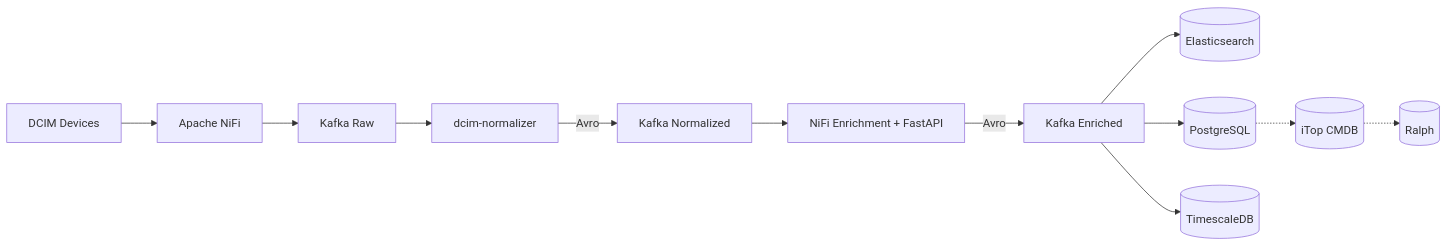
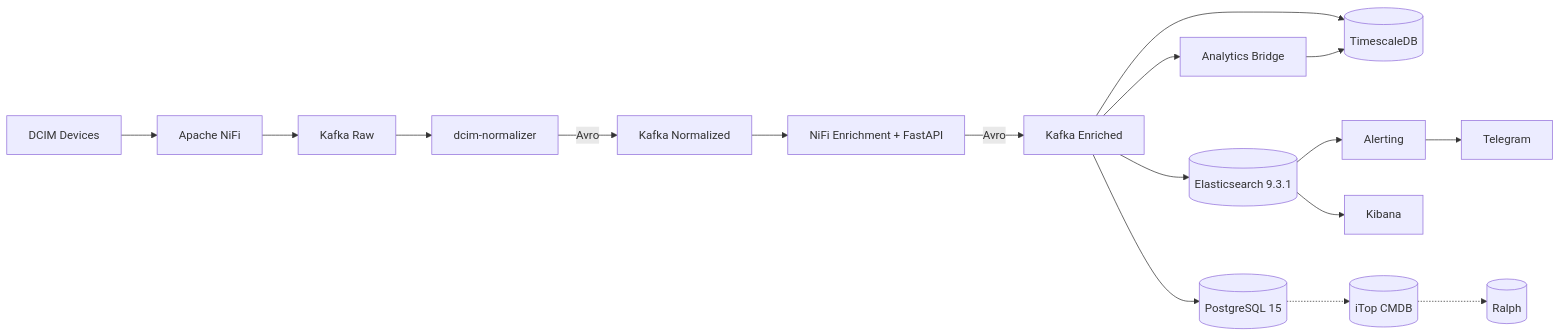
One commit to Chefinox/DCIM_SRV_DATA_COLLECTION changed the diagram in README.md. Above: the diagram before and after it, drawn with Mermaid. The commit also changed other lines of this file and 83 other files, not shown here.

Commit message:
feat(docs/cleanup): update architecture docs to v4.5.2, refresh README, and organize project structure

````diff
--- a/README.md
+++ b/README.md
@@ -13,17 +13,24 @@
 ```mermaid
 flowchart LR
     Device[DCIM Devices] --> NiFi[Apache NiFi]
     NiFi --> KRaw[Kafka Raw]
     KRaw --> Norm[dcim-normalizer]
     Norm -- Avro --> KNorm[Kafka Normalized]
     
     KNorm --> Enrich[NiFi Enrichment + FastAPI]
     Enrich -- Avro --> KEnriched[Kafka Enriched]
     
-    KEnriched --> ES[(Elasticsearch)]
-    KEnriched --> PG[(PostgreSQL)]
+    KEnriched --> ES[(Elasticsearch 9.3.1)]
+    KEnriched --> PG[(PostgreSQL 15)]
     KEnriched --> TSDB[(TimescaleDB)]
     
     PG -.-> iTop[(iTop CMDB)]
     iTop -.-> Ralph[(Ralph)]
+    
+    KEnriched --> Bridge[Analytics Bridge]
+    Bridge --> TSDB
+    
+    ES --> Kibana[Kibana]
+    ES --> Alert[Alerting]
+    Alert --> TG[Telegram]
 ```
````
